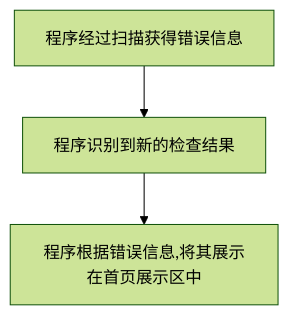
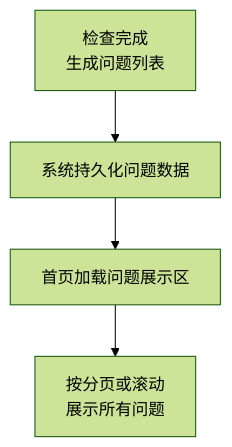
One commit to Aldebaran638/Doc-Doctor changed the third of 9 diagrams in RequirementDocument/需求文档.md. Above: the diagram before and after it, drawn with Mermaid (forest theme). The commit also changed other lines of this file, not shown here.

````diff
--- a/RequirementDocument/需求文档.md
+++ b/RequirementDocument/需求文档.md
@@ -95,4 +243,8 @@
 ```mermaid
 flowchart TD
-    A[程序经过扫描获得错误信息] --> B[程序识别到新的检查结果]--> C[程序根据错误信息,将其展示在首页展示区中]
+    A[检查完成
+生成问题列表] --> B[系统持久化问题数据]
+    B --> C[首页加载问题展示区]
+    C --> D[按分页或滚动
+展示所有问题]
 ```
````
